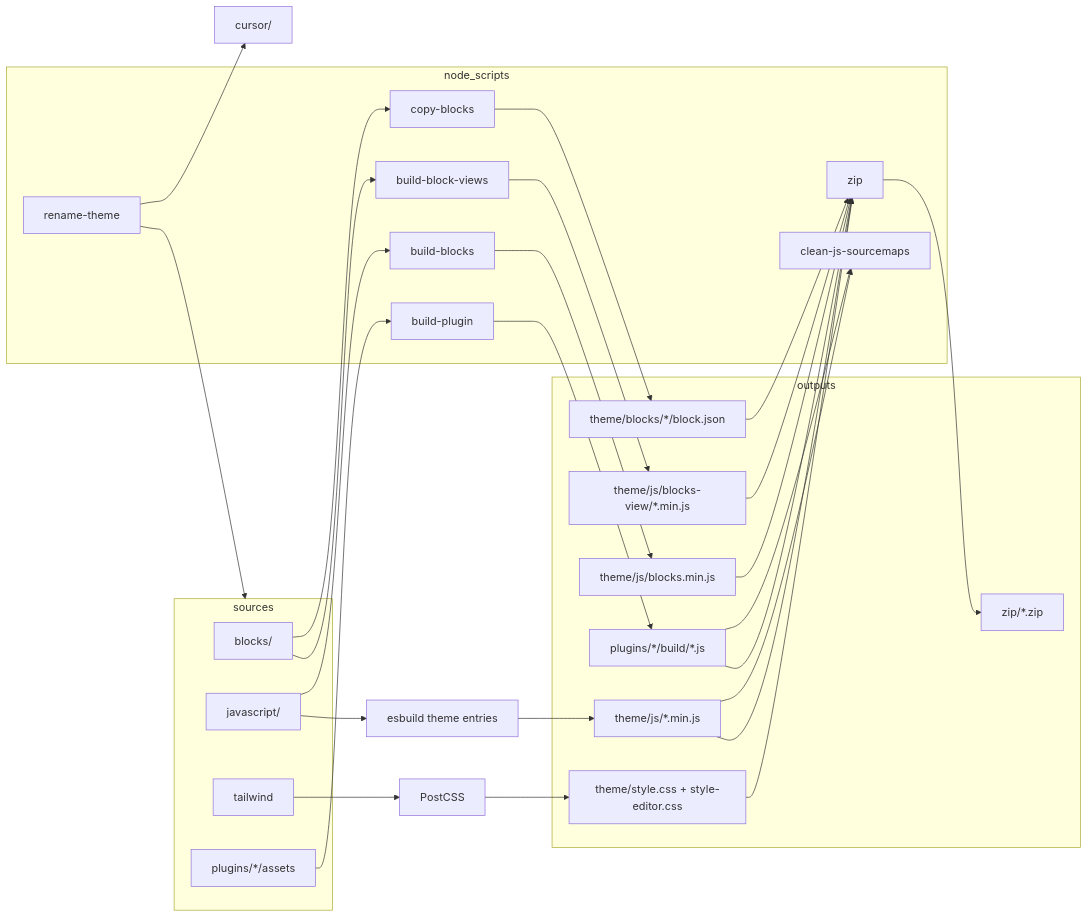
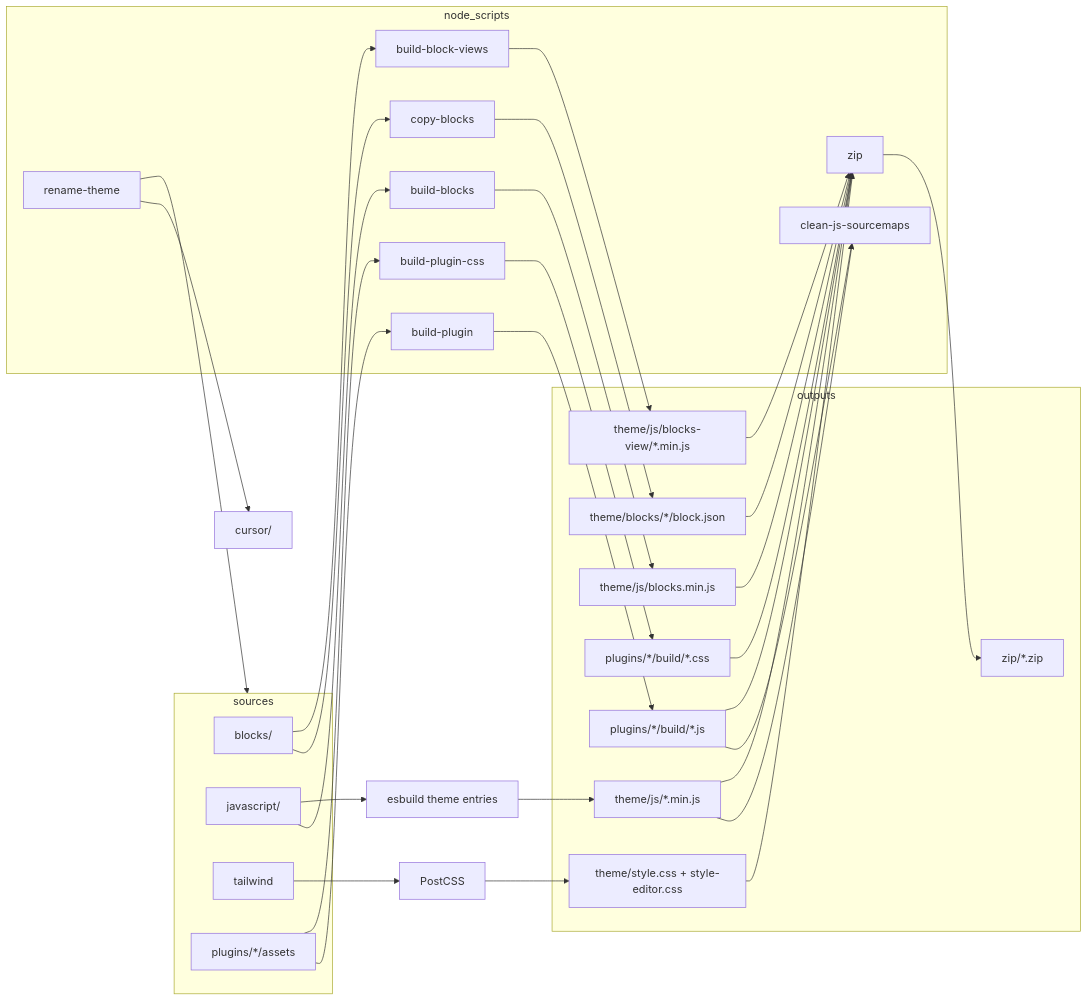
The diagram in boilerplate-theme/docs/DEVELOPMENT.md (jswebschmiede/Wordpress-Dev-Blueprint), drawn with Mermaid before and after one commit. The commit also changed other lines of this file and 6 other files, not shown here.

First line of the commit message:
Add convention-based PostCSS/Tailwind builds for plugins

````diff
--- a/boilerplate-theme/docs/DEVELOPMENT.md
+++ b/boilerplate-theme/docs/DEVELOPMENT.md
@@ -20,50 +20,55 @@
 ```mermaid
 flowchart LR
   subgraph sources
     B[blocks/]
     J[javascript/]
     T[tailwind]
     P[plugins/*/assets]
   end
   subgraph node[node_scripts]
     CB[copy-blocks]
     BB[build-blocks]
     BV[build-block-views]
     BP[build-plugin]
+    BPC[build-plugin-css]
     RT[rename-theme]
     ZP[zip]
     CS[clean-js-sourcemaps]
   end
   subgraph outputs
     TB[theme/blocks/*/block.json]
     TM[theme/js/blocks.min.js]
     TV[theme/js/blocks-view/*.min.js]
     TJ[theme/js/*.min.js]
     PB[plugins/*/build/*.js]
+    PCS[plugins/*/build/*.css]
     CSS[theme/style.css + style-editor.css]
     ZO[zip/*.zip]
   end
   B --> CB
   CB --> TB
   J --> BB
   BB --> TM
   B --> BV
   BV --> TV
   J --> esbuild[esbuild theme entries]
   esbuild --> TJ
   T --> postcss[PostCSS]
   postcss --> CSS
   P --> BP
   BP --> PB
+  P --> BPC
+  BPC --> PCS
   RT --> sources
   RT --> cursorRepo[cursor/]
   TJ --> CS
   PB --> CS
   TB --> ZP
   TM --> ZP
   TV --> ZP
   TJ --> ZP
   CSS --> ZP
   PB --> ZP
+  PCS --> ZP
   ZP --> ZO
 ```
````
